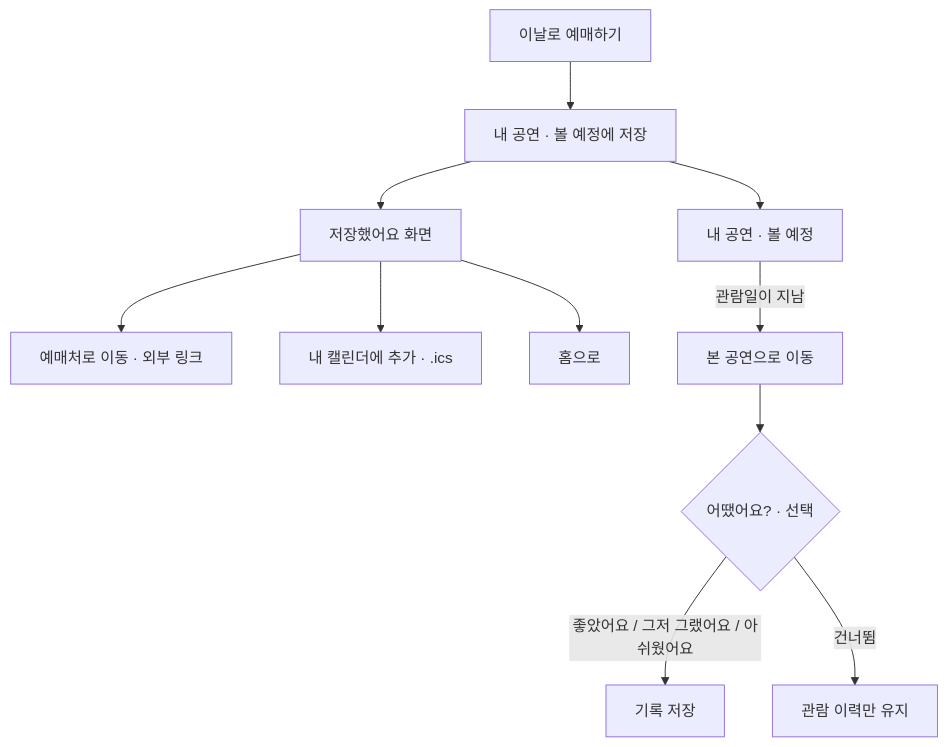
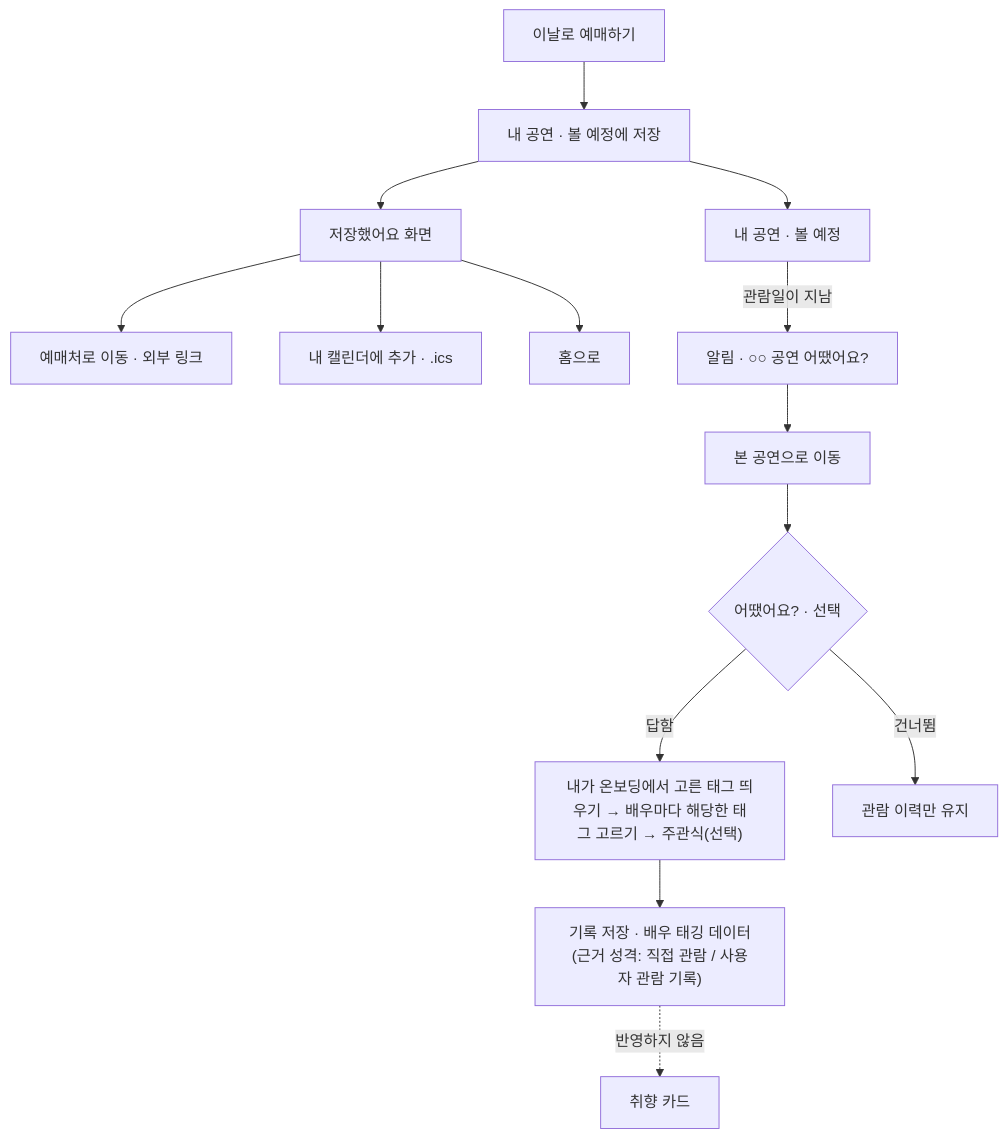
Before and after one commit to 2ma1995/pickle-src: the eighth of 8 diagrams in docs/261027_2_MVP_사용자흐름.md, drawn with Mermaid. The commit also changed other lines of this file, not shown here.

First line of the commit message:
MVP 사용자 흐름 문서 v0.6: 작품 취향 확인 단계·조합 만족도·태그 형식 관람 후 리뷰, 남은 결정 확정

````diff
--- a/docs/261027_2_MVP_사용자흐름.md
+++ b/docs/261027_2_MVP_사용자흐름.md
@@ -398,13 +470,16 @@
 ```mermaid
 flowchart TD
     BOOK["이날로 예매하기"] --> SAVE["내 공연 · 볼 예정에 저장"]
     SAVE --> DONE["저장했어요 화면"]
     DONE --> T["예매처로 이동 · 외부 링크"]
     DONE --> ICS["내 캘린더에 추가 · .ics"]
     DONE --> HOME["홈으로"]
     SAVE --> LIST["내 공연 · 볼 예정"]
-    LIST -->|관람일이 지남| SEEN["본 공연으로 이동"]
+    LIST -->|관람일이 지남| NOTI["알림 · ○○ 공연 어땠어요?"]
+    NOTI --> SEEN["본 공연으로 이동"]
     SEEN --> MOOD{"어땠어요? · 선택"}
-    MOOD -->|좋았어요 / 그저 그랬어요 / 아쉬웠어요| KEEP["기록 저장"]
+    MOOD -->|답함| TAGS["내가 온보딩에서 고른 태그 띄우기 → 배우마다 해당한 태그 고르기 → 주관식(선택)"]
+    TAGS --> KEEP["기록 저장 · 배우 태깅 데이터(근거 성격: 직접 관람 / 사용자 관람 기록)"]
     MOOD -->|건너뜀| KEEP2["관람 이력만 유지"]
+    KEEP -.->|반영하지 않음| CARD["취향 카드"]
 ```
````
